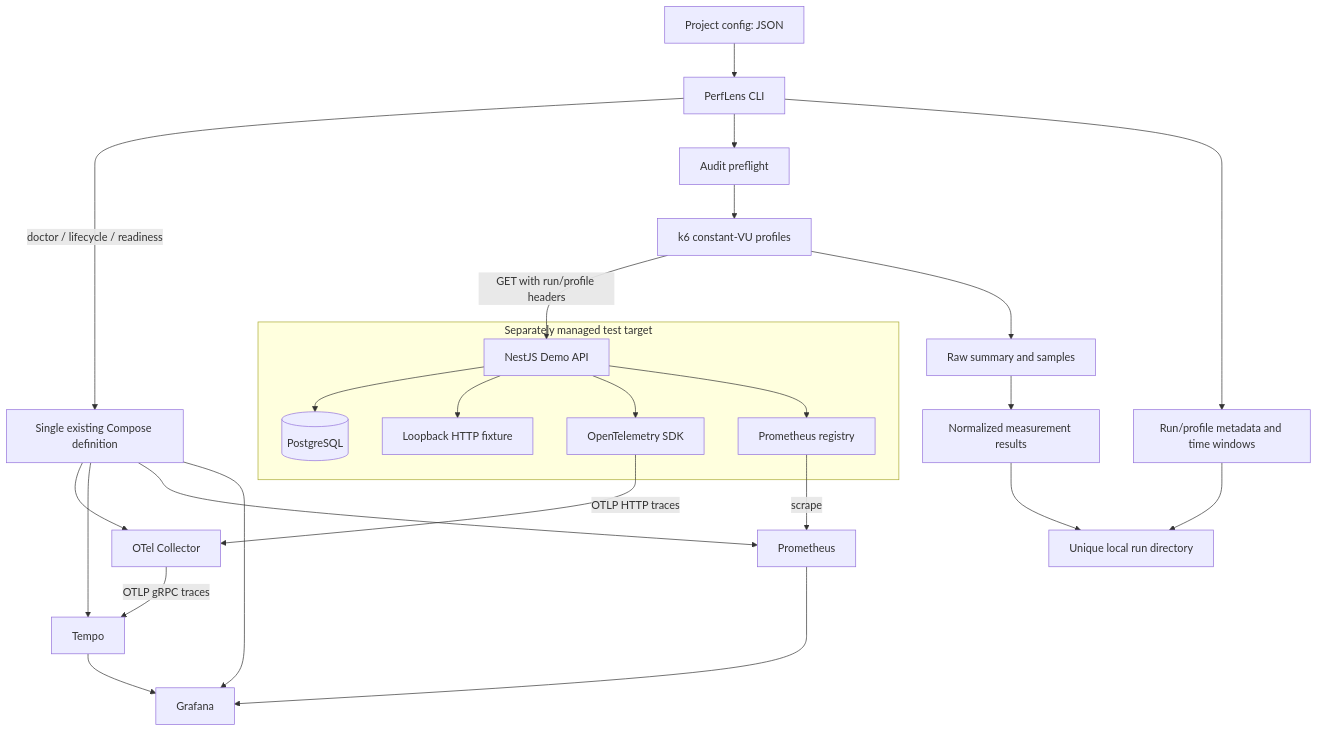
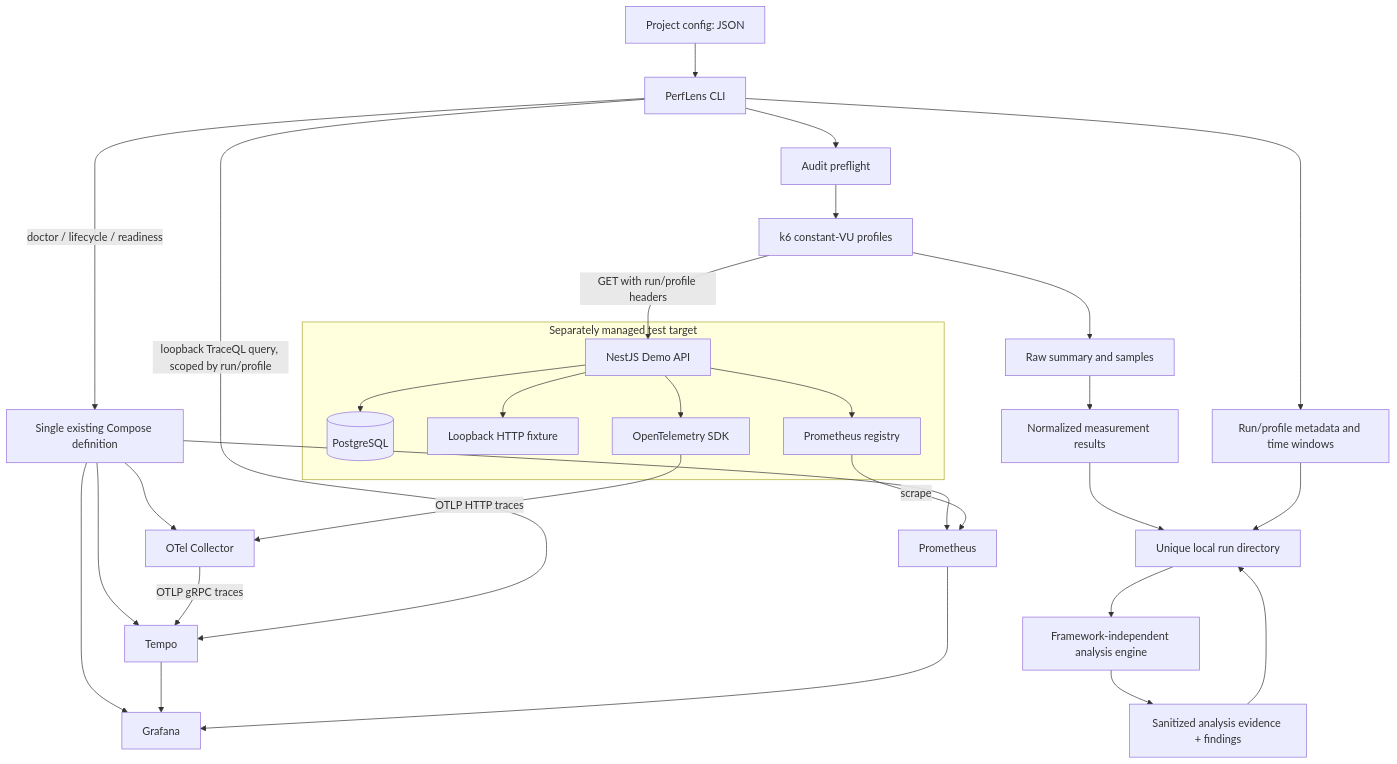
Before and after one commit to rahad123/perflens: the first of 2 diagrams in docs/architecture/architecture.md, drawn with Mermaid. The commit also changed other lines of this file and 2 other files, not shown here.

Commit message:
feat: add Phase 3 analysis methodology documentation and verification details

````diff
--- a/docs/architecture/architecture.md
+++ b/docs/architecture/architecture.md
@@ -7,28 +7,32 @@
 ```mermaid
 flowchart TB
     Config[Project config: JSON] --> CLI[PerfLens CLI]
     CLI -->|doctor / lifecycle / readiness| Compose[Single existing Compose definition]
     Compose --> Collector[OTel Collector]
     Compose --> Tempo[Tempo]
     Compose --> Prometheus[Prometheus]
     Compose --> Grafana[Grafana]
     subgraph Target[Separately managed test target]
         API[NestJS Demo API] --> DB[(PostgreSQL)]
         API --> External[Loopback HTTP fixture]
         API --> SDK[OpenTelemetry SDK]
         API --> Metrics[Prometheus registry]
     end
     SDK -->|OTLP HTTP traces| Collector
     Collector -->|OTLP gRPC traces| Tempo
     Metrics -->|scrape| Prometheus
     Tempo --> Grafana
     Prometheus --> Grafana
     CLI --> Preflight[Audit preflight]
     Preflight --> k6[k6 constant-VU profiles]
     k6 -->|GET with run/profile headers| API
     k6 --> Raw[Raw summary and samples]
     Raw --> Results[Normalized measurement results]
     CLI --> Windows[Run/profile metadata and time windows]
     Results --> Runs[Unique local run directory]
     Windows --> Runs
+    CLI -->|loopback TraceQL query, scoped by run/profile| Tempo
+    Runs --> Analysis[Framework-independent analysis engine]
+    Analysis --> Evidence[Sanitized analysis evidence + findings]
+    Evidence --> Runs
 ```
````
